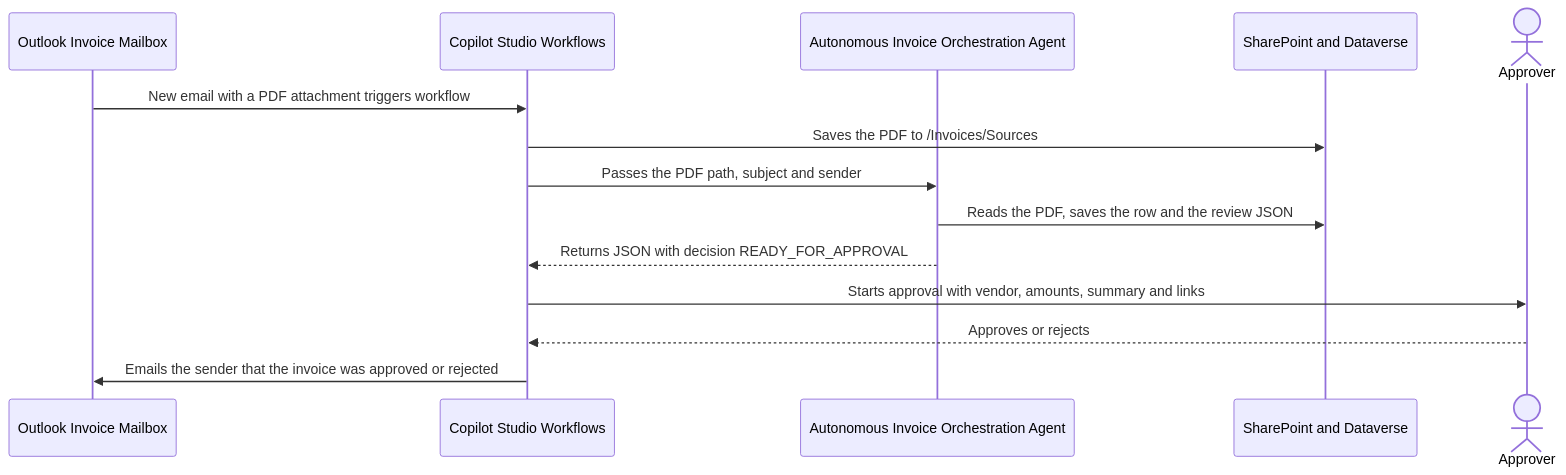
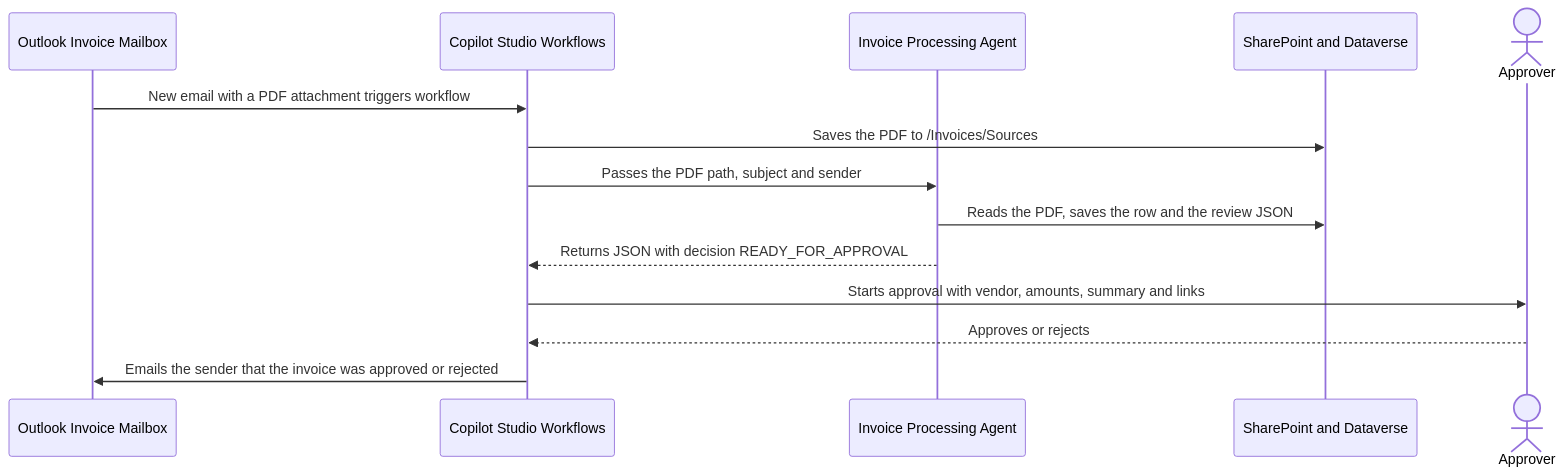
One commit to microsoft/ai-agent-runbooks changed the second of 3 diagrams in 01-scenarios/Autonomous-Invoice-Orchestration-Agent-GHCP/2.Architecture.md. Above: the diagram before and after it, drawn with Mermaid. The commit also changed other lines of this file and 10 other files, not shown here.

First line of the commit message:
Rename agent to Invoice Processing Agent and node to InvoiceProcessingAgent

````diff
--- a/01-scenarios/Autonomous-Invoice-Orchestration-Agent-GHCP/2.Architecture.md
+++ b/01-scenarios/Autonomous-Invoice-Orchestration-Agent-GHCP/2.Architecture.md
@@ -101,16 +101,16 @@
 ```mermaid
 sequenceDiagram
     participant Mail as Outlook Invoice Mailbox
     participant Flow as Copilot Studio Workflows
-    participant Agent as Autonomous Invoice Orchestration Agent
+    participant Agent as Invoice Processing Agent
     participant Store as SharePoint and Dataverse
     actor Approver as Approver
     Mail->>Flow: New email with a PDF attachment triggers workflow
     Flow->>Store: Saves the PDF to /Invoices/Sources
     Flow->>Agent: Passes the PDF path, subject and sender
     Agent->>Store: Reads the PDF, saves the row and the review JSON
     Agent-->>Flow: Returns JSON with decision READY_FOR_APPROVAL
     Flow->>Approver: Starts approval with vendor, amounts, summary and links
     Approver-->>Flow: Approves or rejects
     Flow->>Mail: Emails the sender that the invoice was approved or rejected
 ```
````
